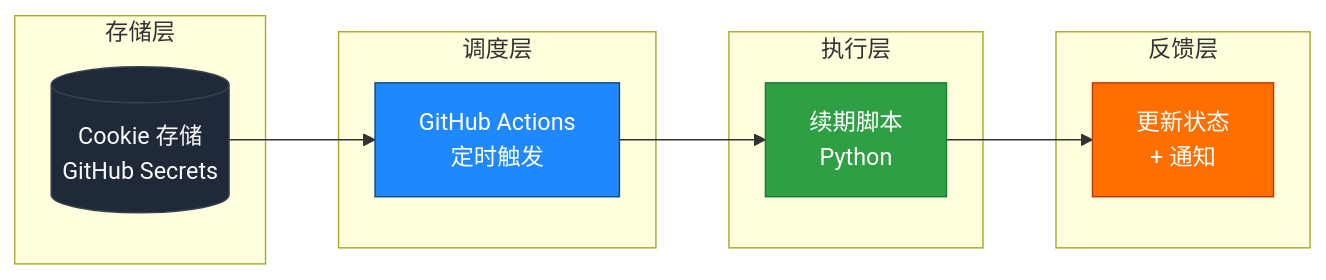
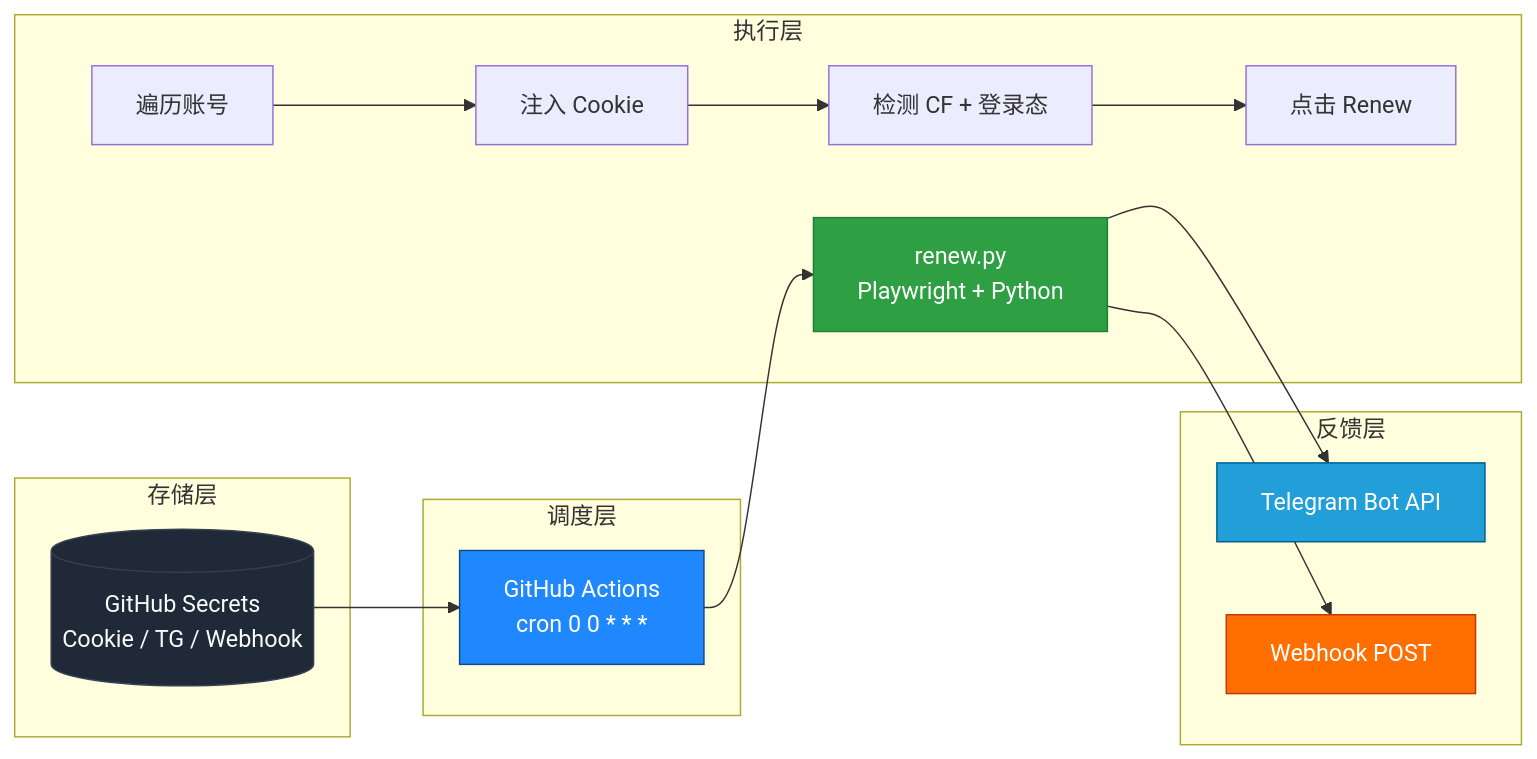
The second of 2 diagrams in README.md (weikkadd/wdsaf), drawn with Mermaid before and after one commit. The commit also changed other lines of this file and 2 other files, not shown here.

First line of the commit message:
fix: rewrite renew.py with cookie mode + multi-account + dual notifications

````diff
--- a/README.md
+++ b/README.md
@@ -224,22 +294,30 @@
 ```mermaid
 flowchart LR
     subgraph S1[存储层]
-        A[(Cookie 存储<br/>GitHub Secrets)]
+        A[(GitHub Secrets<br/>Cookie / TG / Webhook)]
     end
     subgraph S2[调度层]
-        B[GitHub Actions<br/>定时触发]
+        B[GitHub Actions<br/>cron 0 0 * * *]
     end
     subgraph S3[执行层]
-        C[续期脚本<br/>Python]
+        C[renew.py<br/>Playwright + Python]
+        C1[遍历账号]
+        C2[注入 Cookie]
+        C3[检测 CF + 登录态]
+        C4[点击 Renew]
+        C1 --> C2 --> C3 --> C4
     end
     subgraph S4[反馈层]
-        D[更新状态<br/>+ 通知]
+        D[Telegram Bot API]
+        E[Webhook POST]
     end
 
     A --> B --> C --> D
+    C --> E
 
     style A fill:#1F2937,stroke:#374151,color:#F9FAFB
     style B fill:#2088FF,stroke:#0F4C81,color:#fff
     style C fill:#2EA043,stroke:#1A7F37,color:#fff
-    style D fill:#FF6F00,stroke:#BF360C,color:#fff
+    style D fill:#229ED9,stroke:#005F8C,color:#fff
+    style E fill:#FF6F00,stroke:#BF360C,color:#fff
 ```
````
